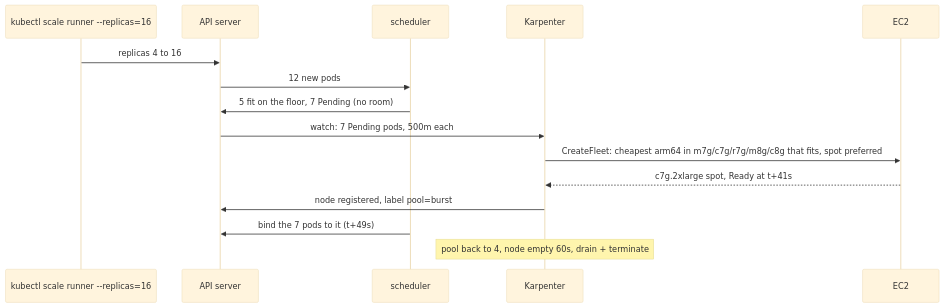
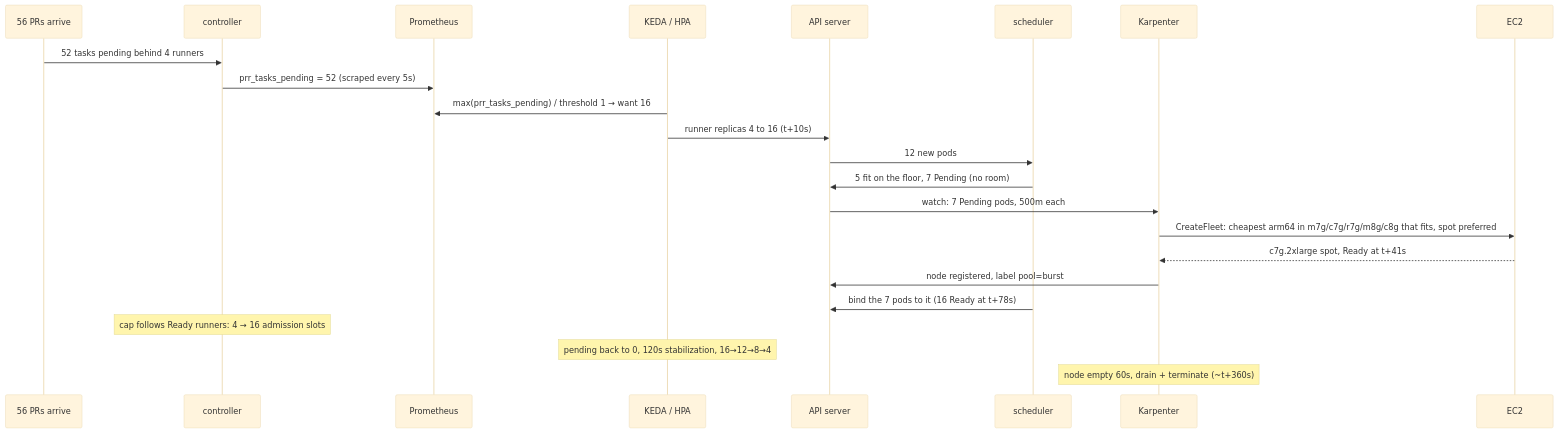
One commit to anthonyzhao27/pr-runtime changed diagram 16 of 19 in docs/PROJECT-WALKTHROUGH.md. Above: the diagram before and after it, drawn with Mermaid (base theme). The commit also changed other lines of this file and 7 other files, not shown here.

Commit message:
docs: sync diagrams, spec, walkthrough, onboarding, crash course, overview image with the App, multi-repo runner, and KEDA autoscaling loop

````diff
--- a/docs/PROJECT-WALKTHROUGH.md
+++ b/docs/PROJECT-WALKTHROUGH.md
@@ -286,17 +286,25 @@
 ```mermaid
 sequenceDiagram
-  participant U as kubectl scale runner --replicas=16
+  participant Q as 56 PRs arrive
+  participant C as controller
+  participant P as Prometheus
+  participant KD as KEDA / HPA
   participant A as API server
   participant S as scheduler
   participant K as Karpenter
   participant EC2 as EC2
-  U->>A: replicas 4 to 16
+  Q->>C: 52 tasks pending behind 4 runners
+  C->>P: prr_tasks_pending = 52 (scraped every 5s)
+  KD->>P: max(prr_tasks_pending) / threshold 1 → want 16
+  KD->>A: runner replicas 4 to 16 (t+10s)
   A->>S: 12 new pods
   S->>A: 5 fit on the floor, 7 Pending (no room)
   A->>K: watch: 7 Pending pods, 500m each
   K->>EC2: CreateFleet: cheapest arm64 in m7g/c7g/r7g/m8g/c8g that fits, spot preferred
   EC2-->>K: c7g.2xlarge spot, Ready at t+41s
   K->>A: node registered, label pool=burst
-  S->>A: bind the 7 pods to it (t+49s)
-  Note over K: pool back to 4, node empty 60s, drain + terminate
+  S->>A: bind the 7 pods to it (16 Ready at t+78s)
+  Note over C: cap follows Ready runners: 4 → 16 admission slots
+  Note over KD: pending back to 0, 120s stabilization, 16→12→8→4
+  Note over K: node empty 60s, drain + terminate (~t+360s)
 ```
````
